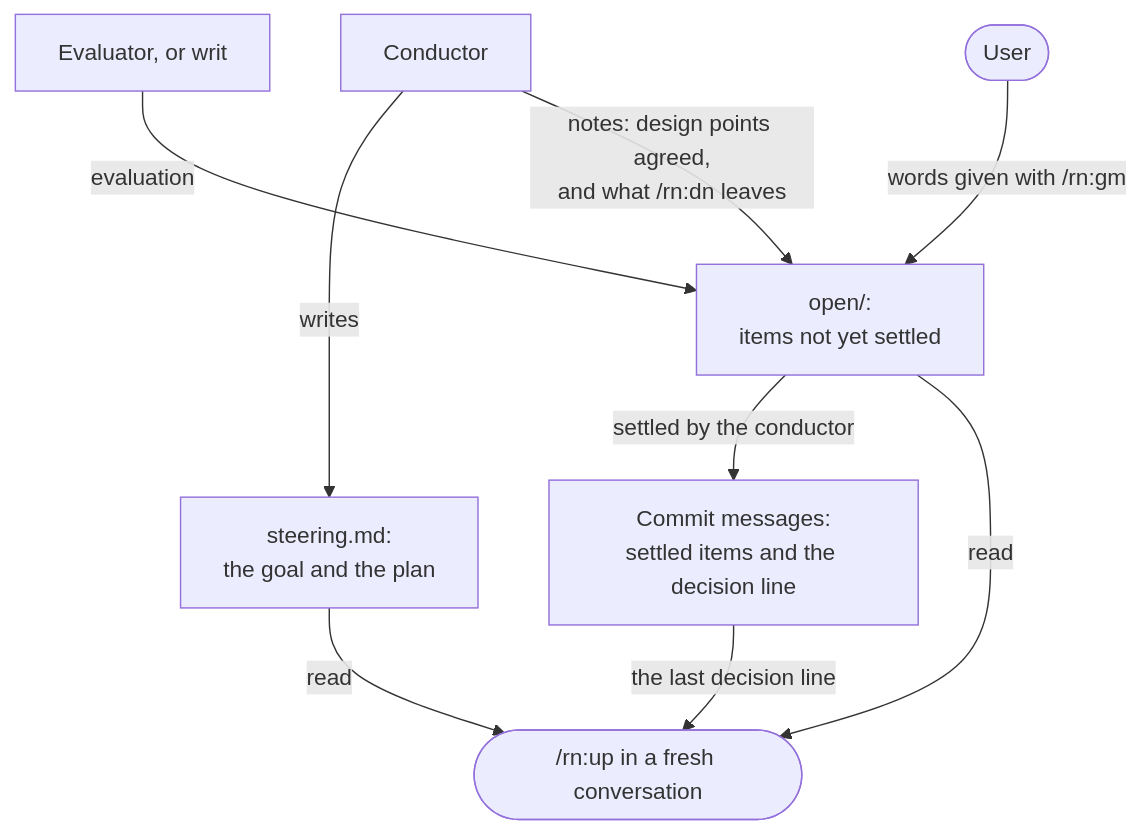
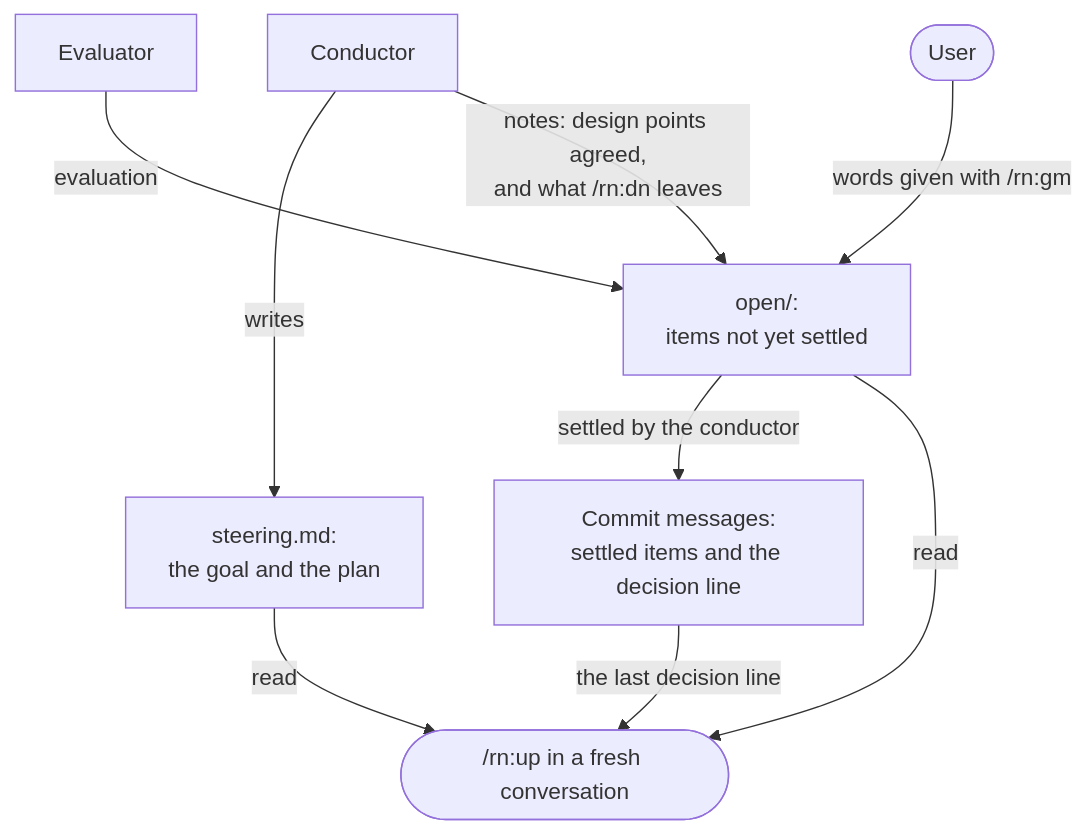
The fourth of 4 diagrams in rn/docs/design.md (lovaizu/ccpm), drawn with Mermaid before and after one commit. The commit also changed other lines of this file and 4 other files, not shown here.

````diff
--- a/rn/docs/design.md
+++ b/rn/docs/design.md
@@ -265,18 +266,18 @@
 ```mermaid
 flowchart TD
     U(["User"])
     C["Conductor"]
-    E["Evaluator, or writ"]
+    E["Evaluator"]
     S["steering.md:<br/>the goal and the plan"]
     O["open/:<br/>items not yet settled"]
     M["Commit messages:<br/>settled items and the decision line"]
     UP(["/rn:up in a fresh conversation"])
     C -->|"writes"| S
     E -->|"evaluation"| O
     U -->|"words given with /rn:gm"| O
     C -->|"notes: design points agreed,<br/>and what /rn:dn leaves"| O
     O -->|"settled by the conductor"| M
     S -->|"read"| UP
     O -->|"read"| UP
     M -->|"the last decision line"| UP
 ```
````
